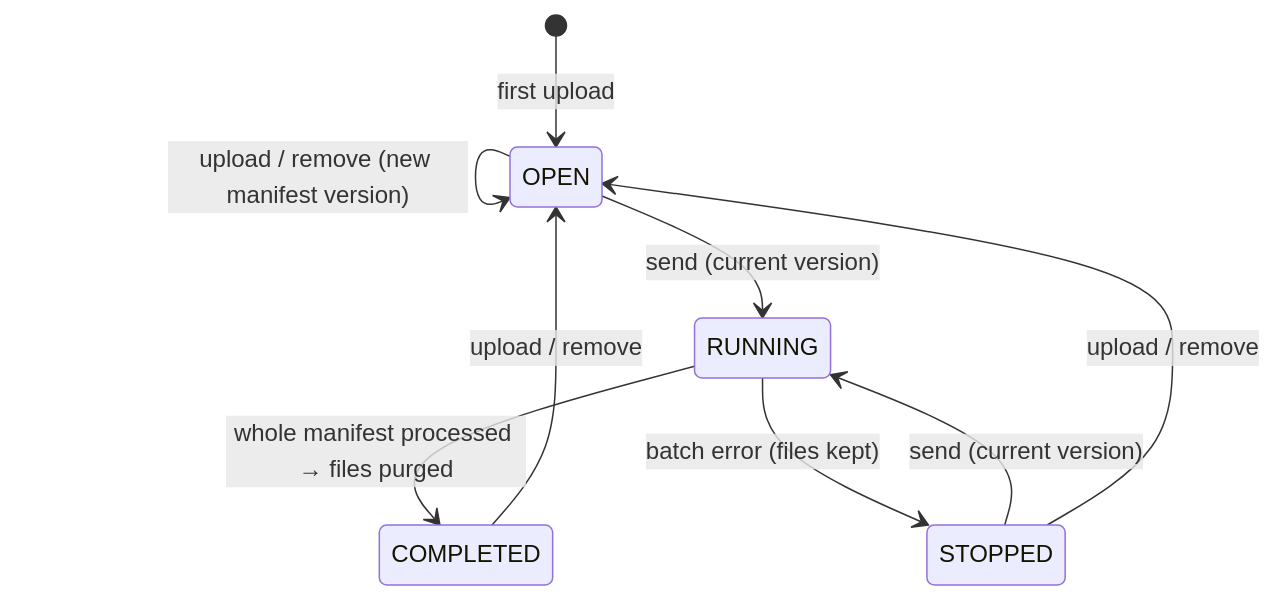
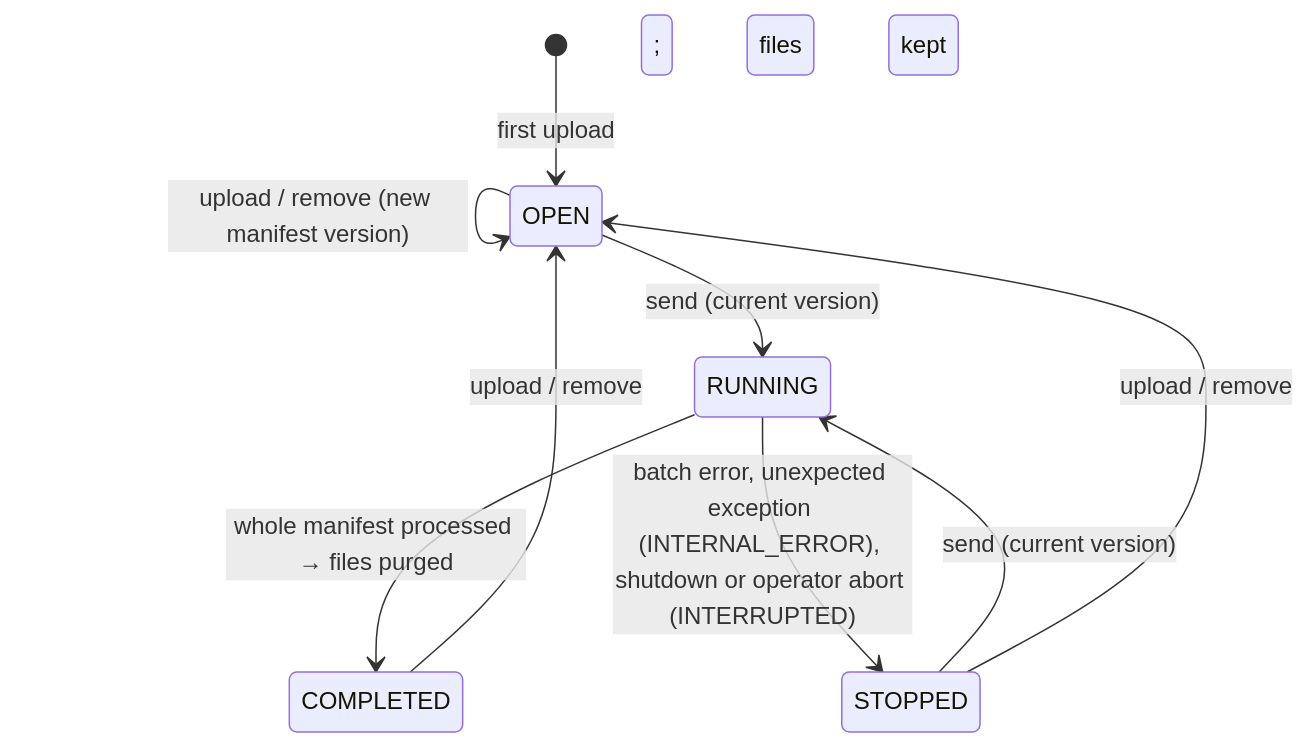
Before and after one commit to Ramioy/bulk-mailer-backend: the sixth of 6 diagrams in docs/architecture/arquitectura.md, drawn with Mermaid. The commit also changed other lines of this file and 2 other files, not shown here.

````diff
--- a/docs/architecture/arquitectura.md
+++ b/docs/architecture/arquitectura.md
@@ -231,11 +239,11 @@
 ```mermaid
 stateDiagram-v2
     [*] --> OPEN: first upload
     OPEN --> OPEN: upload / remove (new manifest version)
     OPEN --> RUNNING: send (current version)
     RUNNING --> COMPLETED: whole manifest processed → files purged
-    RUNNING --> STOPPED: batch error (files kept)
+    RUNNING --> STOPPED: batch error, unexpected exception (INTERNAL_ERROR), shutdown or operator abort (INTERRUPTED); files kept
     STOPPED --> RUNNING: send (current version)
     STOPPED --> OPEN: upload / remove
     COMPLETED --> OPEN: upload / remove
 ```
````
